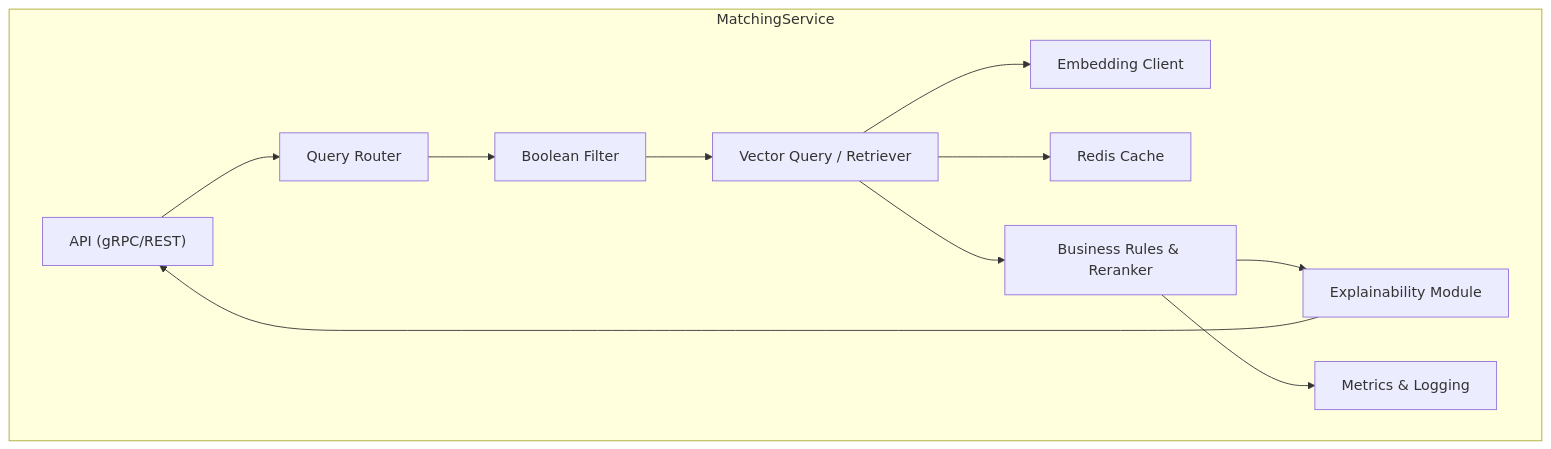
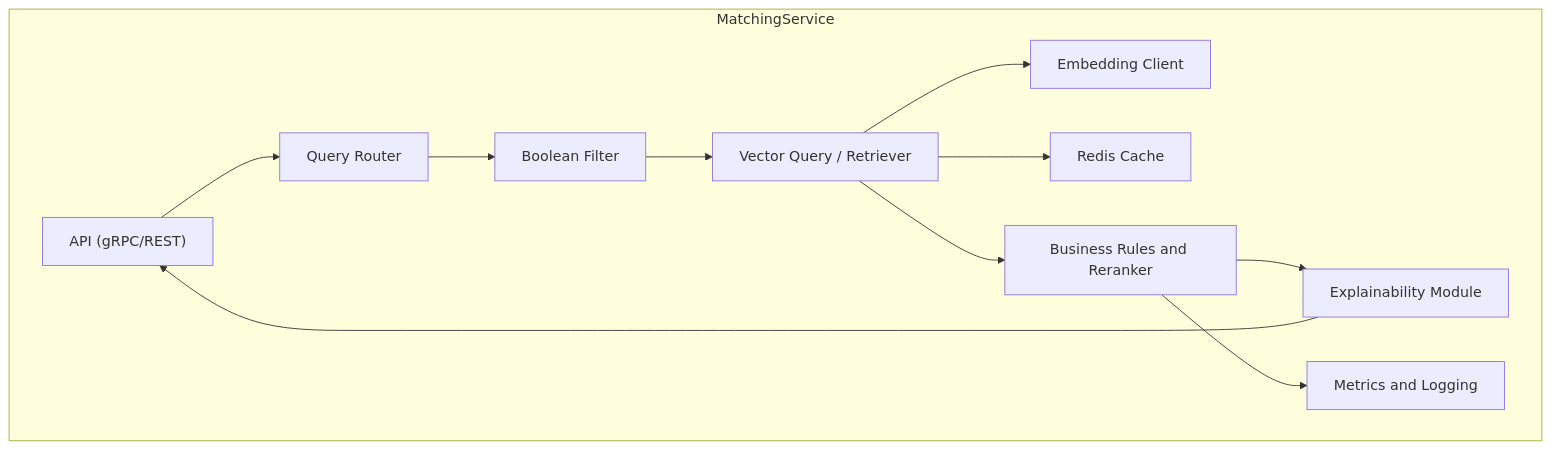
The eighth of 8 diagrams in LTI/LTI-Jpadilla/LTI-JPADILLA.md (jpadilla007/AI4Devs-design-1-2510-Sr), drawn with Mermaid before and after one commit. The commit also changed other lines of this file, not shown here.

Commit message:
actualizacion de diagramas por error de redenr en github

````diff
--- a/LTI/LTI-Jpadilla/LTI-JPADILLA.md
+++ b/LTI/LTI-Jpadilla/LTI-JPADILLA.md
@@ -475,24 +664,24 @@
 ```mermaid
 flowchart TB
   subgraph MatchingService
     API_M["API (gRPC/REST)"]
     QuerySrv["Query Router"]
     BoolFilter["Boolean Filter"]
     EmbeddingClient["Embedding Client"]
     VectorQuery["Vector Query / Retriever"]
-    Reranker["Business Rules & Reranker"]
+    Reranker["Business Rules and Reranker"]
     Cache["Redis Cache"]
     Explain["Explainability Module"]
-    Metrics["Metrics & Logging"]
+    Metrics["Metrics and Logging"]
   end
-
+  
   API_M --> QuerySrv
   QuerySrv --> BoolFilter
   BoolFilter --> VectorQuery
   VectorQuery --> EmbeddingClient
   VectorQuery --> Cache
   VectorQuery --> Reranker
   Reranker --> Explain
   Reranker --> Metrics
   Explain --> API_M
 ```
````
